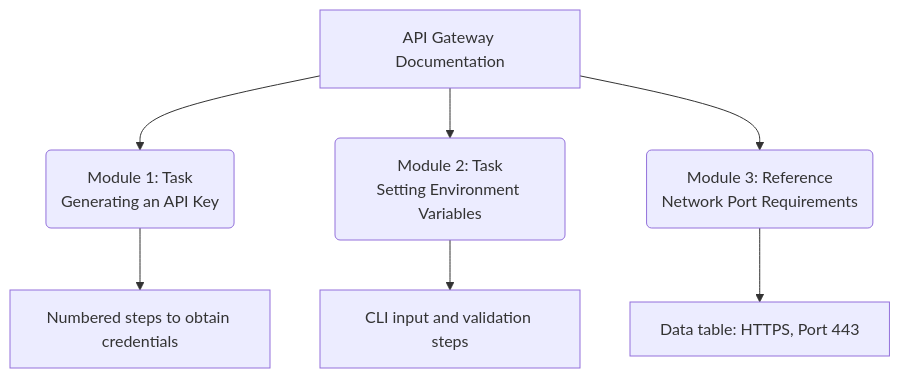
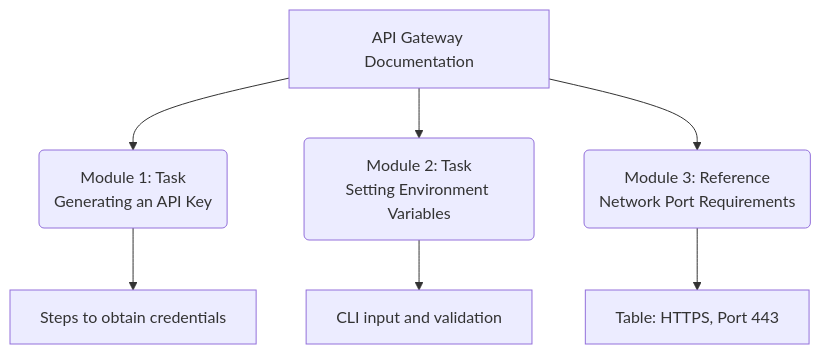
The diagram in docs/industry-terms/atomic-content.md (vaishvanara/techwritingkb), drawn with Mermaid before and after one commit. The commit also changed other lines of this file and 51 other files, not shown here.

````diff
--- a/docs/industry-terms/atomic-content.md
+++ b/docs/industry-terms/atomic-content.md
@@ -52,10 +52,10 @@
     ```mermaid
     graph TD
         A[API Gateway Documentation] --> B(Module 1: Task<br/>Generating an API Key)
         A --> C(Module 2: Task<br/>Setting Environment Variables)
         A --> D(Module 3: Reference<br/>Network Port Requirements)
         
-        B --> B1[Numbered steps to obtain credentials]
-        C --> C1[CLI input and validation steps]
-        D --> D1[Data table: HTTPS, Port 443]
+        B --> B1[Steps to obtain credentials]
+        C --> C1[CLI input and validation]
+        D --> D1[Table: HTTPS, Port 443]
     ```
````
